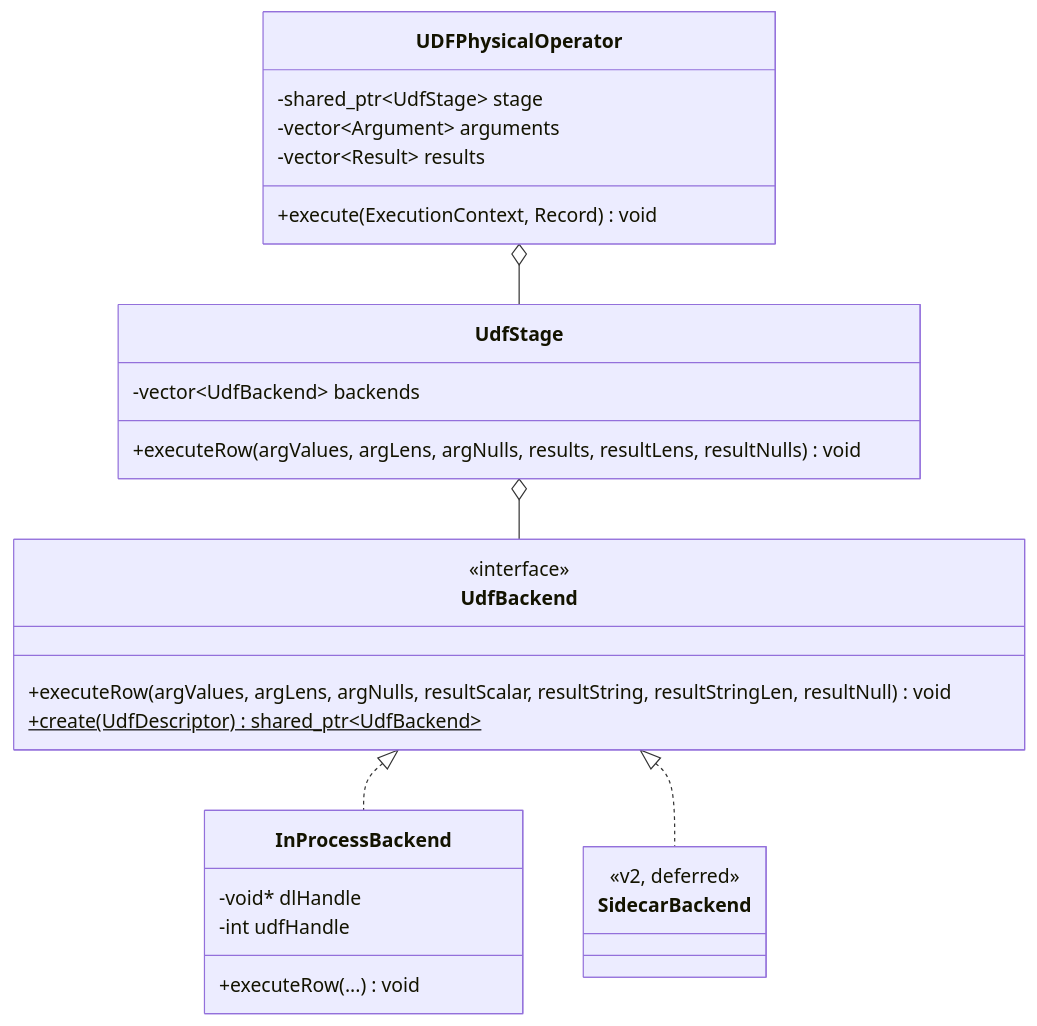
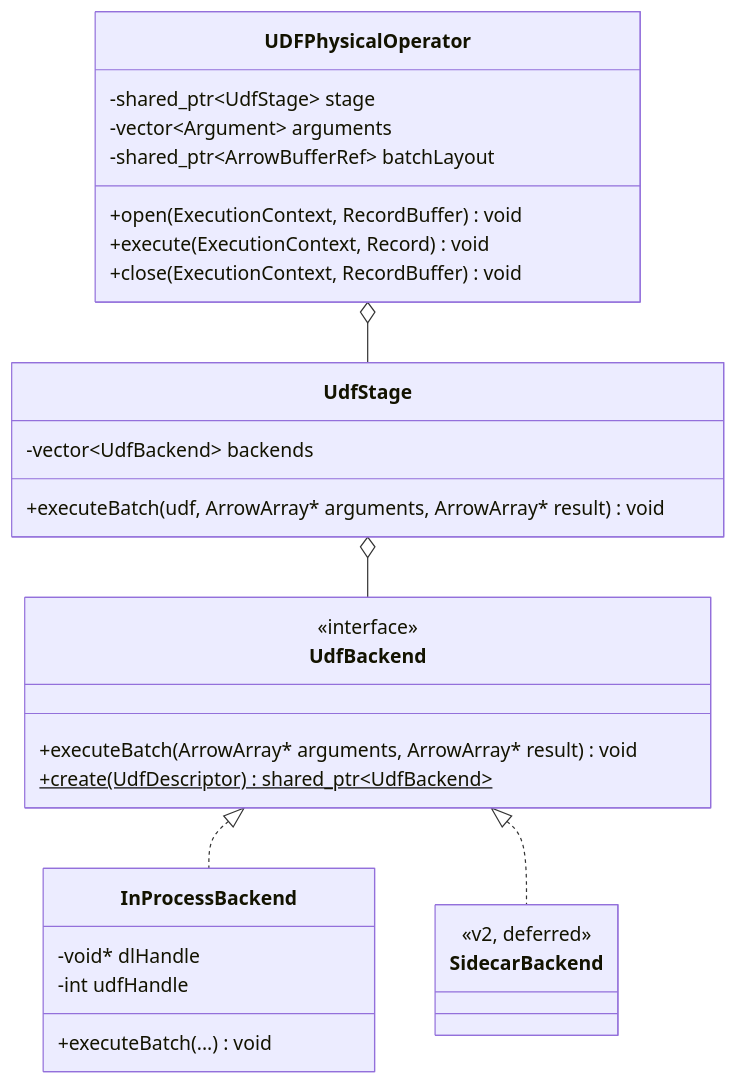
One commit to nebulastream/nebulastream changed the second of 2 diagrams in docs/design/20260708_Scalar_UDF_Support.md. Above: the diagram before and after it, drawn with Mermaid. The commit also changed other lines of this file and 31 other files, not shown here.

First line of the commit message:
perf(udf): exchange batches with UDF processes through shared memory

````diff
--- a/docs/design/20260708_Scalar_UDF_Support.md
+++ b/docs/design/20260708_Scalar_UDF_Support.md
@@ -207,30 +207,32 @@
 ```mermaid
 classDiagram
     class UdfBackend {
       <<interface>>
-      +executeRow(argValues, argLens, argNulls, resultScalar, resultString, resultStringLen, resultNull) void
+      +executeBatch(ArrowArray* arguments, ArrowArray* result) void
       +create(UdfDescriptor)$ shared_ptr~UdfBackend~
     }
     class InProcessBackend {
       -void* dlHandle
       -int udfHandle
-      +executeRow(...) void
+      +executeBatch(...) void
     }
     class SidecarBackend {
       <<v2, deferred>>
     }
     class UdfStage {
       -vector~UdfBackend~ backends
-      +executeRow(argValues, argLens, argNulls, results, resultLens, resultNulls) void
+      +executeBatch(udf, ArrowArray* arguments, ArrowArray* result) void
     }
     class UDFPhysicalOperator {
       -shared_ptr~UdfStage~ stage
       -vector~Argument~ arguments
-      -vector~Result~ results
+      -shared_ptr~ArrowBufferRef~ batchLayout
+      +open(ExecutionContext, RecordBuffer) void
       +execute(ExecutionContext, Record) void
+      +close(ExecutionContext, RecordBuffer) void
     }
     UdfBackend <|.. InProcessBackend
     UdfBackend <|.. SidecarBackend
     UDFPhysicalOperator o-- UdfStage
     UdfStage o-- UdfBackend
 ```
````
